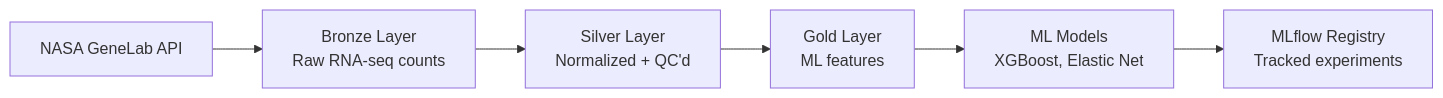
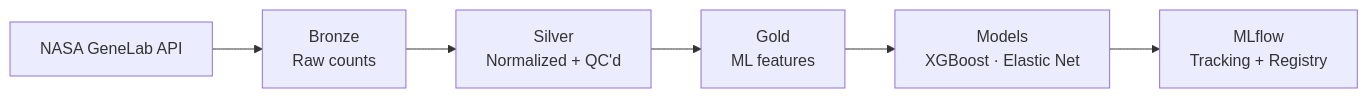
The diagram in README.md (h4rrye/spaceGen), drawn with Mermaid before and after one commit. The commit also changed other lines of this file and 12 other files, not shown here.

Commit message:
hexagon architecture implemented

````diff
--- a/README.md
+++ b/README.md
@@ -19,8 +31,8 @@
 ```mermaid
 graph LR
-    A[NASA GeneLab API] --> B[Bronze Layer<br/>Raw RNA-seq counts]
-    B --> C[Silver Layer<br/>Normalized + QC'd]
-    C --> D[Gold Layer<br/>ML features]
-    D --> E[ML Models<br/>XGBoost, Elastic Net]
-    E --> F[MLflow Registry<br/>Tracked experiments]
+    A[NASA GeneLab API] --> B[Bronze<br/>Raw counts]
+    B --> C[Silver<br/>Normalized + QC'd]
+    C --> D[Gold<br/>ML features]
+    D --> E[Models<br/>XGBoost · Elastic Net]
+    E --> F[MLflow<br/>Tracking + Registry]
 ```
````
